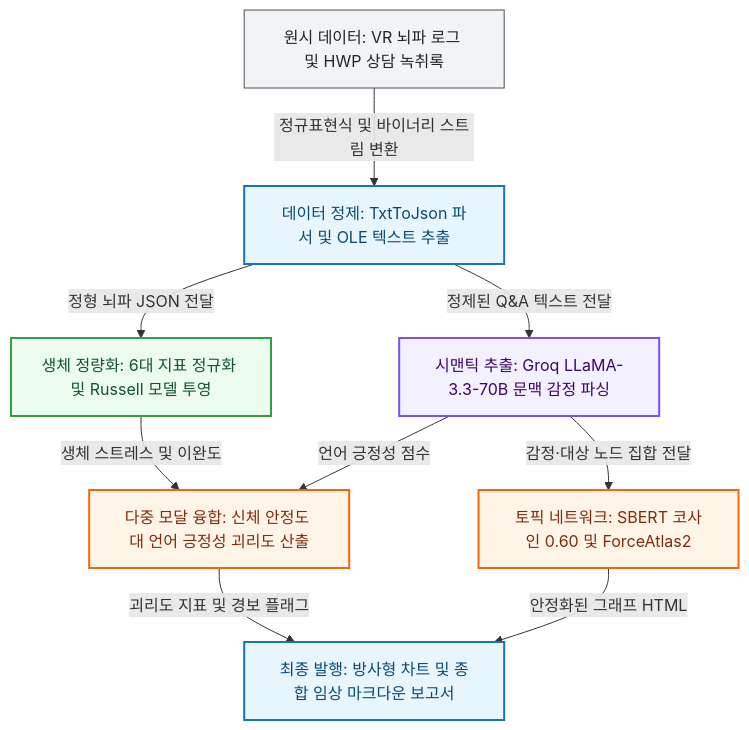
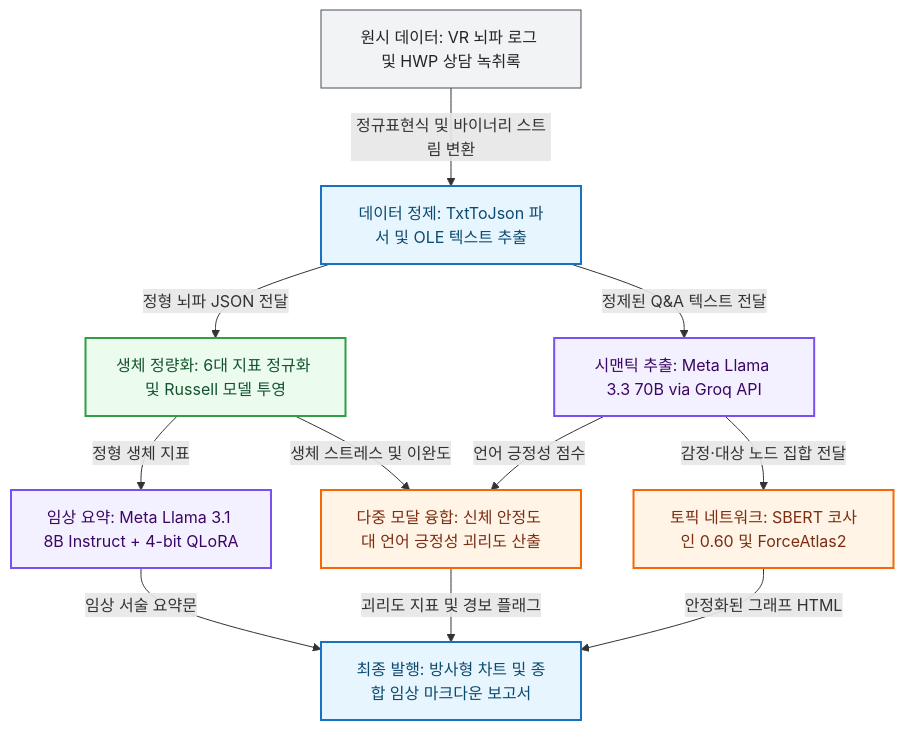
One commit to KTHYEONG/Emori changed the diagram in README.md. Above: the diagram before and after it, drawn with Mermaid. The commit also changed other lines of this file, not shown here.

Commit message:
Clarify Meta Llama models and Groq serving roles

````diff
--- a/README.md
+++ b/README.md
@@ -49,25 +49,28 @@
 ```mermaid
 flowchart TD
     classDef vendor fill:#f1f3f5,stroke:#495057,stroke-width:1px,color:#212529;
     classDef data fill:#e7f5ff,stroke:#1971c2,stroke-width:2px,color:#0c4a6e;
     classDef research fill:#ebfbee,stroke:#2f9e44,stroke-width:2px,color:#14532d;
     classDef remote fill:#f3f0ff,stroke:#7950f2,stroke-width:2px,color:#3b0764;
     classDef live fill:#fff4e6,stroke:#f76707,stroke-width:2px,color:#7c2d12;
 
     V1["원시 데이터: VR 뇌파 로그 및 HWP 상담 녹취록"]:::vendor
     P1["데이터 정제: TxtToJson 파서 및 OLE 텍스트 추출"]:::data
     P2["생체 정량화: 6대 지표 정규화 및 Russell 모델 투영"]:::research
-    L1["시맨틱 추출: Groq LLaMA-3.3-70B 문맥 감정 파싱"]:::remote
+    L1["시맨틱 추출: Meta Llama 3.3 70B via Groq API"]:::remote
+    L2["임상 요약: Meta Llama 3.1 8B Instruct + 4-bit QLoRA"]:::remote
     F1["다중 모달 융합: 신체 안정도 대 언어 긍정성 괴리도 산출"]:::live
     G1["토픽 네트워크: SBERT 코사인 0.60 및 ForceAtlas2"]:::live
     R1["최종 발행: 방사형 차트 및 종합 임상 마크다운 보고서"]:::data
 
     V1 -->|정규표현식 및 바이너리 스트림 변환| P1
     P1 -->|정형 뇌파 JSON 전달| P2
     P1 -->|정제된 Q&A 텍스트 전달| L1
+    P2 -->|정형 생체 지표| L2
     P2 -->|생체 스트레스 및 이완도| F1
     L1 -->|언어 긍정성 점수| F1
     L1 -->|감정·대상 노드 집합 전달| G1
+    L2 -->|임상 서술 요약문| R1
     F1 -->|괴리도 지표 및 경보 플래그| R1
     G1 -->|안정화된 그래프 HTML| R1
 ```
````
